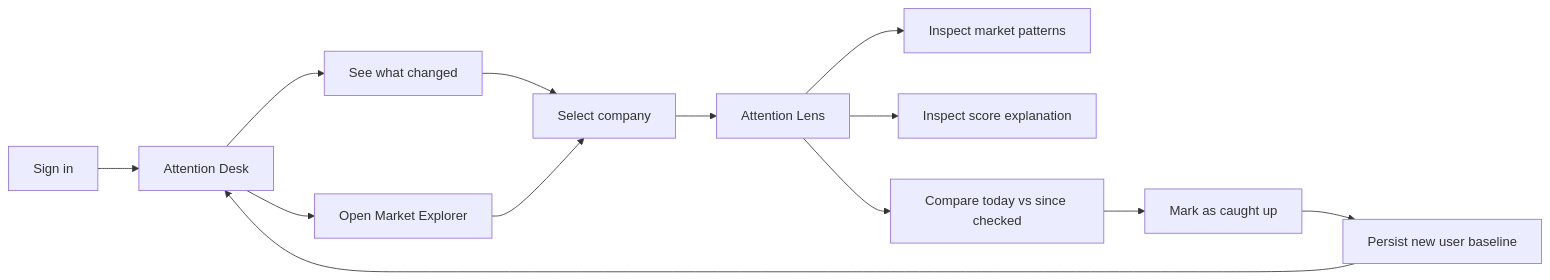
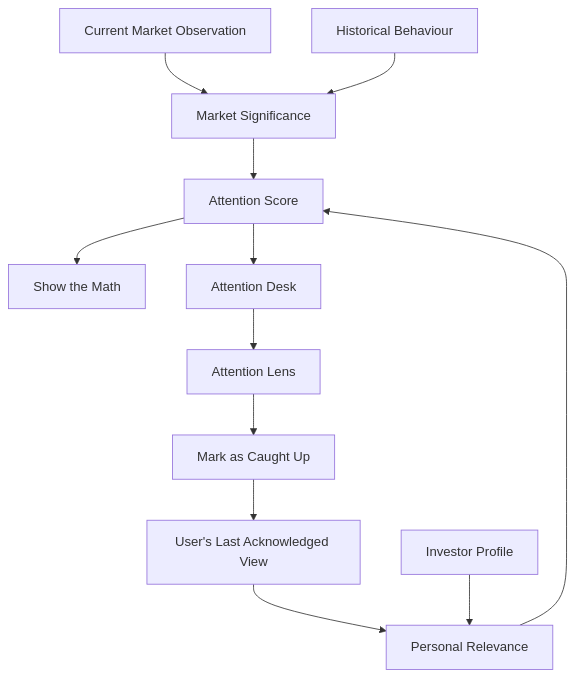
The first of 5 diagrams in README.md (Sanjana-1905/smart-watchlist), drawn with Mermaid before and after one commit. The commit also changed other lines of this file, not shown here.

````diff
--- a/README.md
+++ b/README.md
@@ -187,22 +122,25 @@
 ```mermaid
-flowchart LR
-    A["Sign in"] --> B["Attention Desk"]
+flowchart TB
 
-    B --> C["See what changed"]
-    B --> D["Open Market Explorer"]
+    MARKET["Current Market Observation"]
+    HISTORY["Historical Behaviour"]
+    BASELINE["User's Last Acknowledged View"]
+    PROFILE["Investor Profile"]
 
-    C --> E["Select company"]
-    D --> E
+    MARKET --> OBJECTIVE["Market Significance"]
+    HISTORY --> OBJECTIVE
 
-    E --> F["Attention Lens"]
+    BASELINE --> PERSONAL["Personal Relevance"]
+    PROFILE --> PERSONAL
 
-    F --> G["Inspect market patterns"]
-    F --> H["Inspect score explanation"]
-    F --> I["Compare today vs since checked"]
+    OBJECTIVE --> SCORE["Attention Score"]
+    PERSONAL --> SCORE
 
-    I --> J["Mark as caught up"]
+    SCORE --> EXPLAIN["Show the Math"]
+    SCORE --> PRIORITIZE["Attention Desk"]
 
-    J --> K["Persist new user baseline"]
+    PRIORITIZE --> INVESTIGATE["Attention Lens"]
+    INVESTIGATE --> CAUGHT["Mark as Caught Up"]
 
-    K --> B
+    CAUGHT --> BASELINE
 ```
````
